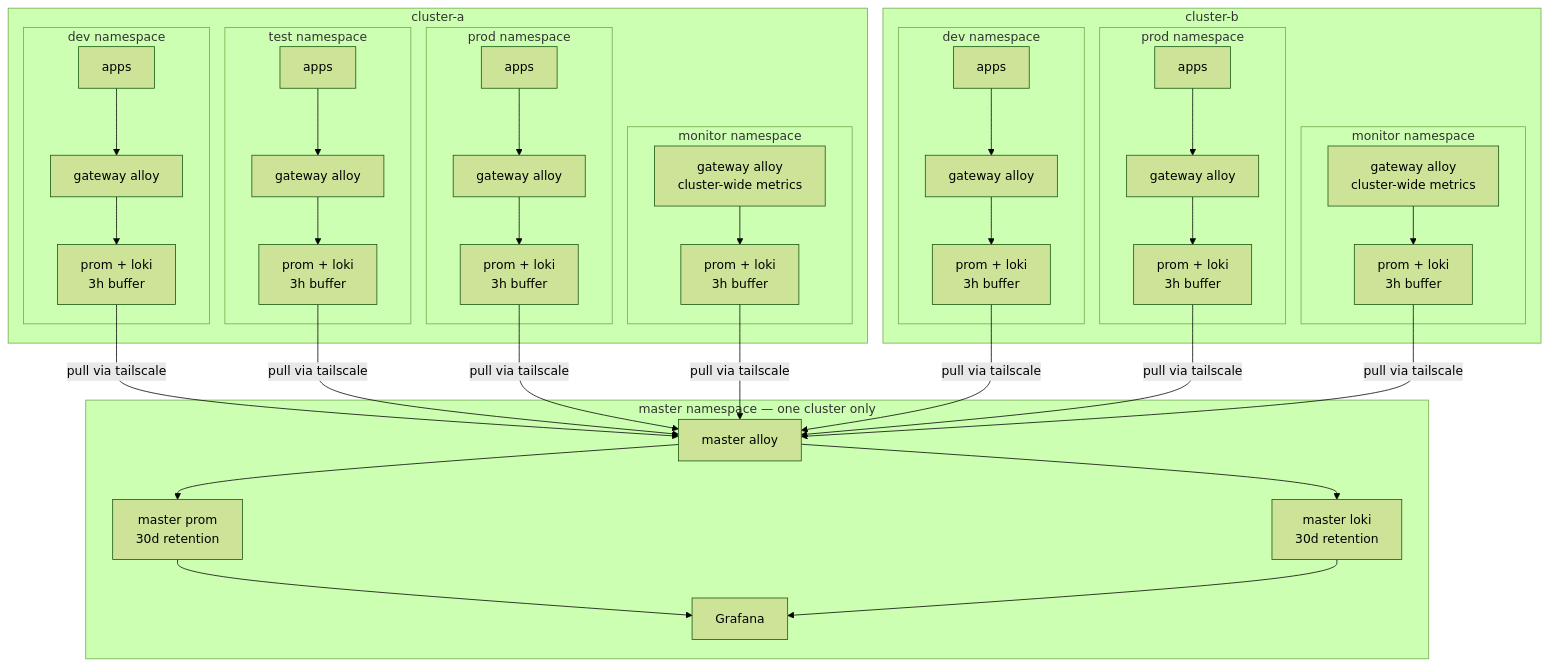
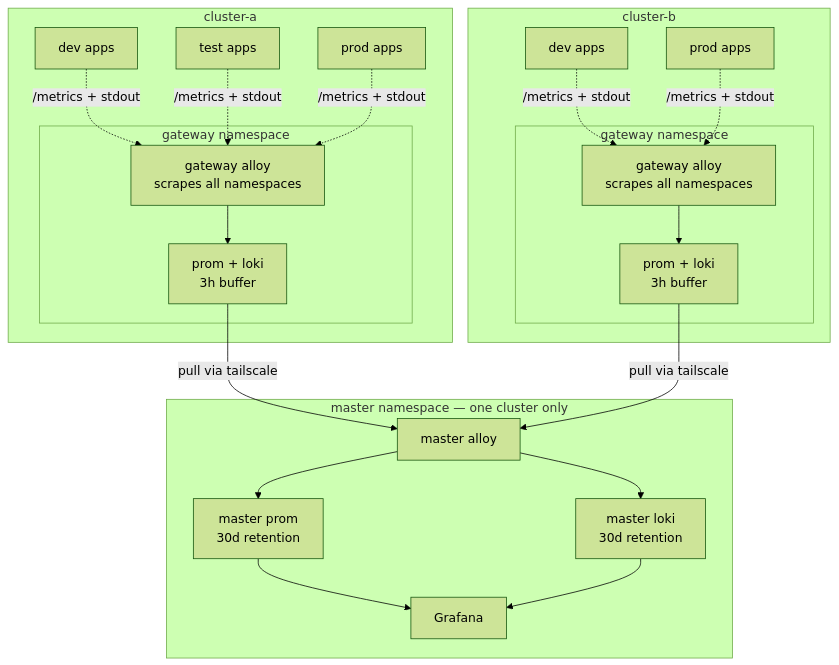
Before and after one commit to Kord96/kordinate: the second of 5 diagrams in docs/infrastructure.md, drawn with Mermaid (forest theme). The commit also changed other lines of this file, not shown here.

Commit message:
docs: fix incorrect cluster architecture diagram [scribe]
The diagram wrongly showed each app namespace (dev/test/prod) with
its own gateway alloy + prom + loki. In reality, app namespaces run
workloads only. One gateway namespace per cluster runs a single Alloy
that scrapes all namespaces, with local prom + loki buffers.

Fixed: diagram, descriptive text, namespace model note, data flow
section label, and key principles to match infra.md source of truth.

````diff
--- a/docs/infrastructure.md
+++ b/docs/infrastructure.md
@@ -31,40 +31,33 @@
 ```mermaid
 flowchart TB
     subgraph CA[cluster-a]
-        subgraph dev-a[dev namespace]
-            A1[apps] --> GA1[gateway alloy] --> S1[prom + loki<br/>3h buffer]
+        A1[dev apps] & A2[test apps] & A3[prod apps]
+
+        subgraph gw-a[gateway namespace]
+            GA[gateway alloy<br/>scrapes all namespaces] --> PA[prom + loki<br/>3h buffer]
         end
-        subgraph test-a[test namespace]
-            A2[apps] --> GA2[gateway alloy] --> S2[prom + loki<br/>3h buffer]
-        end
-        subgraph prod-a[prod namespace]
-            A3[apps] --> GA3[gateway alloy] --> S3[prom + loki<br/>3h buffer]
-        end
-        subgraph mon-a[monitor namespace]
-            GA4[gateway alloy<br/>cluster-wide metrics] --> S4[prom + loki<br/>3h buffer]
-        end
+
+        A1 & A2 & A3 -.->|/metrics + stdout| GA
     end
 
     subgraph M[master namespace — one cluster only]
         MA[master alloy] --> MP[master prom<br/>30d retention]
         MA --> ML[master loki<br/>30d retention]
         MP --> G[Grafana]
         ML --> G
     end
 
-    S1 & S2 & S3 & S4 -->|pull via tailscale| MA
+    PA -->|pull via tailscale| MA
 
     subgraph CB[cluster-b]
-        subgraph dev-b[dev namespace]
-            B1[apps] --> GB1[gateway alloy] --> SB1[prom + loki<br/>3h buffer]
+        B1[dev apps] & B2[prod apps]
+
+        subgraph gw-b[gateway namespace]
+            GB[gateway alloy<br/>scrapes all namespaces] --> PB[prom + loki<br/>3h buffer]
         end
-        subgraph prod-b[prod namespace]
-            B2[apps] --> GB2[gateway alloy] --> SB2[prom + loki<br/>3h buffer]
-        end
-        subgraph mon-b[monitor namespace]
-            GB3[gateway alloy<br/>cluster-wide metrics] --> SB3[prom + loki<br/>3h buffer]
-        end
+
+        B1 & B2 -.->|/metrics + stdout| GB
     end
 
-    SB1 & SB2 & SB3 -->|pull via tailscale| MA
+    PB -->|pull via tailscale| MA
 ```
````
